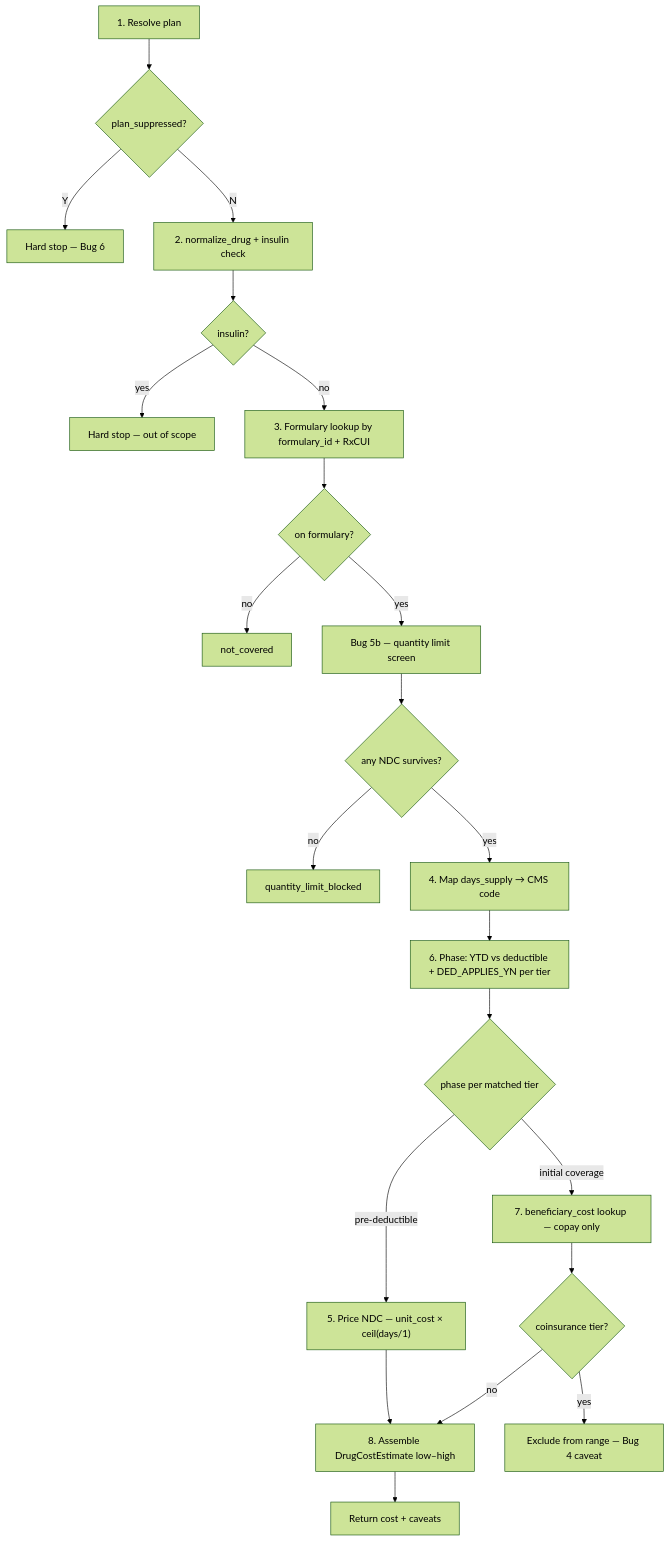
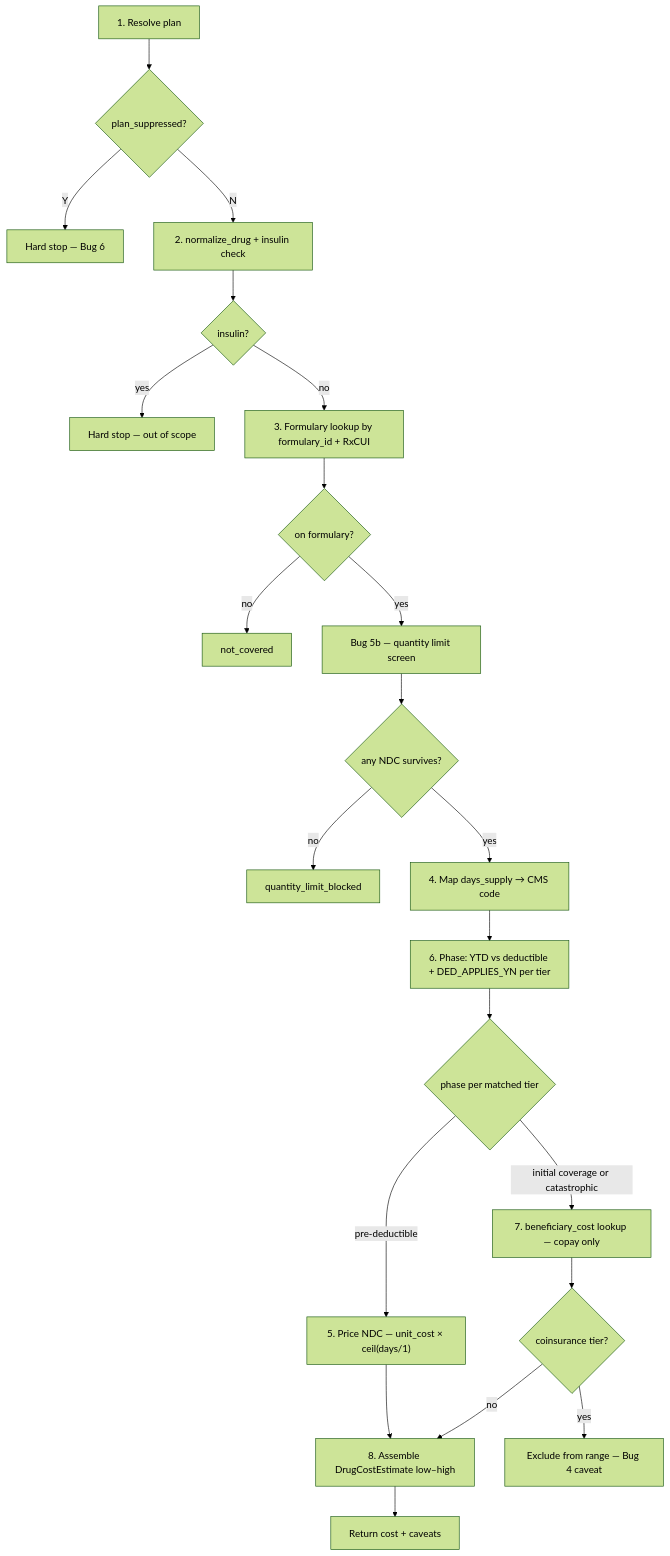
One commit to SreeCodes2021/Medicare-drug-cost-navigator changed the fifth of 7 diagrams in docs/technical-notes.md. Above: the diagram before and after it, drawn with Mermaid (forest theme). The commit also changed other lines of this file and 23 other files, not shown here.

````diff
--- a/docs/technical-notes.md
+++ b/docs/technical-notes.md
@@ -281,24 +282,24 @@
 ```mermaid
 flowchart TD
     S1["1. Resolve plan"] --> S1a{plan_suppressed?}
     S1a -->|Y| STOP6["Hard stop — Bug 6"]
     S1a -->|N| S2["2. normalize_drug + insulin check"]
     S2 --> S2a{insulin?}
     S2a -->|yes| STOPI["Hard stop — out of scope"]
     S2a -->|no| S3["3. Formulary lookup by formulary_id + RxCUI"]
     S3 --> S3a{on formulary?}
     S3a -->|no| NC["not_covered"]
     S3a -->|yes| S3b["Bug 5b — quantity limit screen"]
     S3b --> S3c{any NDC survives?}
     S3c -->|no| QL["quantity_limit_blocked"]
     S3c -->|yes| S4["4. Map days_supply → CMS code"]
     S4 --> S6["6. Phase: YTD vs deductible + DED_APPLIES_YN per tier"]
     S6 --> S6a{phase per matched tier}
     S6a -->|pre-deductible| S5["5. Price NDC — unit_cost × ceil(days/1)"]
-    S6a -->|initial coverage| S7["7. beneficiary_cost lookup — copay only"]
+    S6a -->|initial coverage or catastrophic| S7["7. beneficiary_cost lookup — copay only"]
     S5 --> S8["8. Assemble DrugCostEstimate low–high"]
     S7 --> S7a{coinsurance tier?}
     S7a -->|yes| BUG4["Exclude from range — Bug 4 caveat"]
     S7a -->|no| S8
     S8 --> OUT["Return cost + caveats"]
 ```
````
